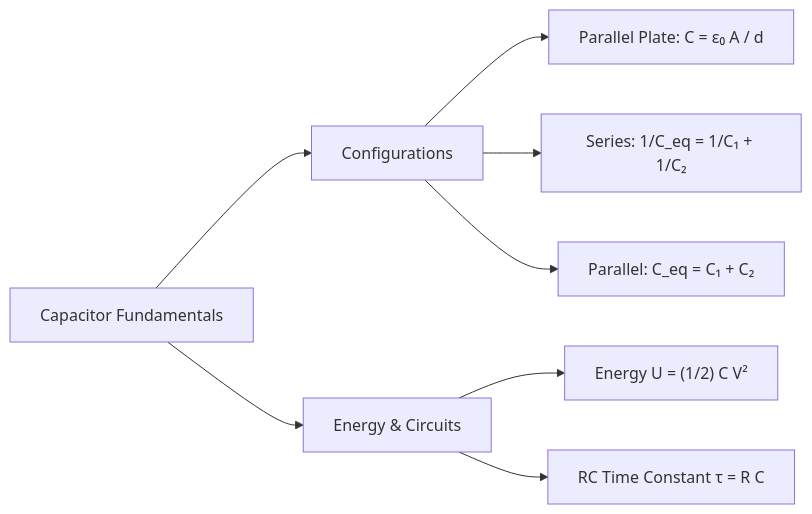
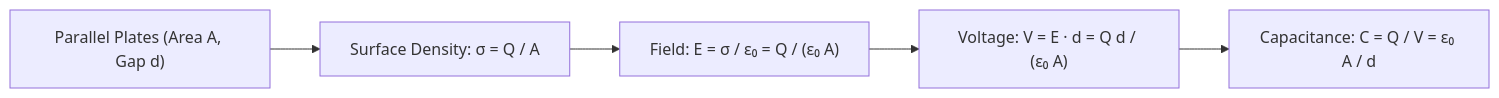
One commit to zenyyxz/Zen_dx-Notes changed the seventh of 9 diagrams in 02 - Physics/Lesson 06 - Electrostatic Field.md. Above: the diagram before and after it, drawn with Mermaid. The commit also changed other lines of this file and 1 other file, not shown here.

````diff
--- a/02 - Physics/Lesson 06 - Electrostatic Field.md
+++ b/02 - Physics/Lesson 06 - Electrostatic Field.md
@@ -36,12 +318,7 @@
 ```mermaid
 graph LR
-    Cap["Capacitor Fundamentals"] --> Types["Configurations"]
-    Cap --> Energy["Energy & Circuits"]
-
-    Types --> Par["Parallel Plate: C = ε₀ A / d"]
-    Types --> SerComb["Series: 1/C_eq = 1/C₁ + 1/C₂"]
-    Types --> ParComb["Parallel: C_eq = C₁ + C₂"]
-
-    Energy --> Stored["Energy U = (1/2) C V²"]
-    Energy --> RC["RC Time Constant τ = R C"]
+    Plates["Parallel Plates (Area A, Gap d)"] --> Charge["Surface Density: σ = Q / A"]
+    Charge --> Field["Field: E = σ / ε₀ = Q / (ε₀ A)"]
+    Field --> Pot["Voltage: V = E · d = Q d / (ε₀ A)"]
+    Pot --> Cap["Capacitance: C = Q / V = ε₀ A / d"]
 ```
````
